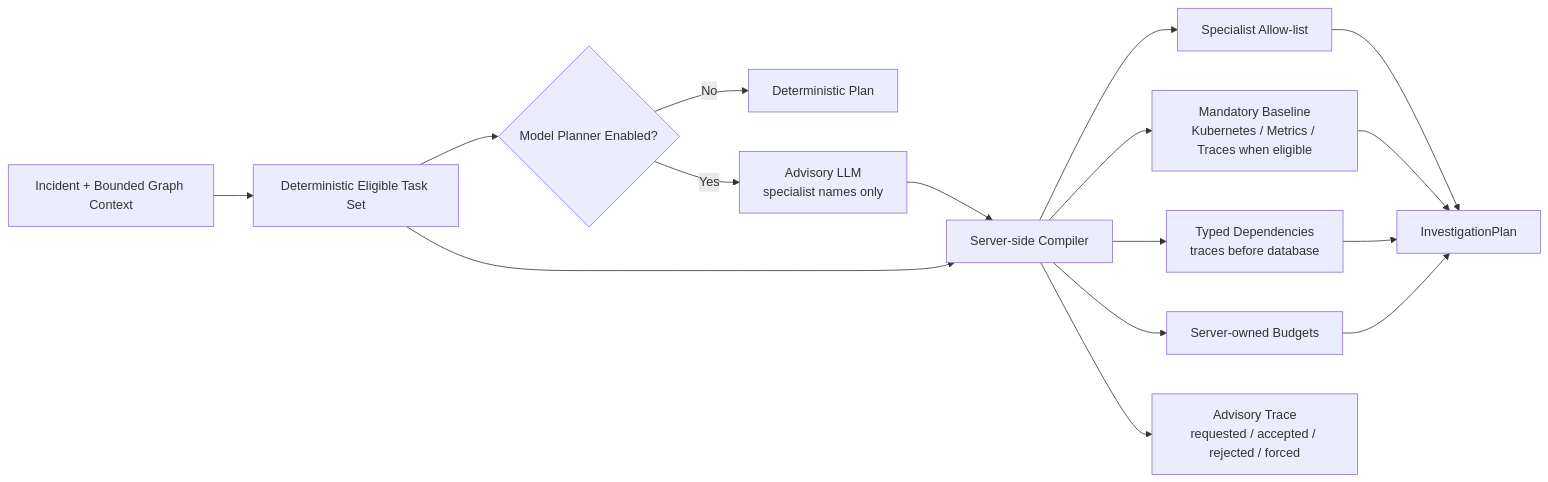
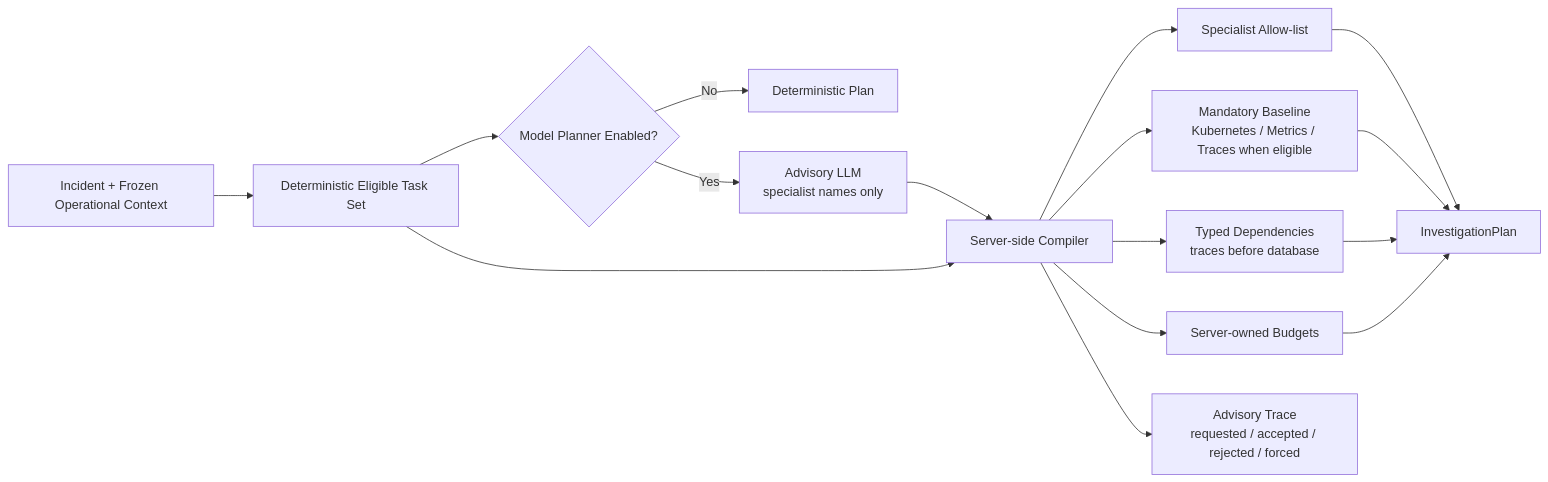
One commit to marcocristofolini/ai-sre-rca changed the second of 3 diagrams in docs/agentic-investigation.md. Above: the diagram before and after it, drawn with Mermaid. The commit also changed other lines of this file, not shown here.

Commit message:
docs: describe frozen agentic operational context

```diff
--- a/docs/agentic-investigation.md
+++ b/docs/agentic-investigation.md
@@ -34,18 +65,18 @@
 ~~~mermaid
 flowchart LR
-    I[Incident + Bounded Graph Context] --> EL[Deterministic Eligible Task Set]
+    I[Incident + Frozen Operational Context] --> EL[Deterministic Eligible Task Set]
     EL --> ADV{Model Planner Enabled?}
     ADV -->|No| DP[Deterministic Plan]
     ADV -->|Yes| LLM[Advisory LLM<br/>specialist names only]
     LLM --> COMP[Server-side Compiler]
     EL --> COMP
     COMP --> AL[Specialist Allow-list]
     COMP --> BASE[Mandatory Baseline<br/>Kubernetes / Metrics / Traces when eligible]
     COMP --> DEP[Typed Dependencies<br/>traces before database]
     COMP --> BUD[Server-owned Budgets]
     AL --> OUT[InvestigationPlan]
     BASE --> OUT
     DEP --> OUT
     BUD --> OUT
     COMP --> TRACE[Advisory Trace<br/>requested / accepted / rejected / forced]
 ~~~
```
